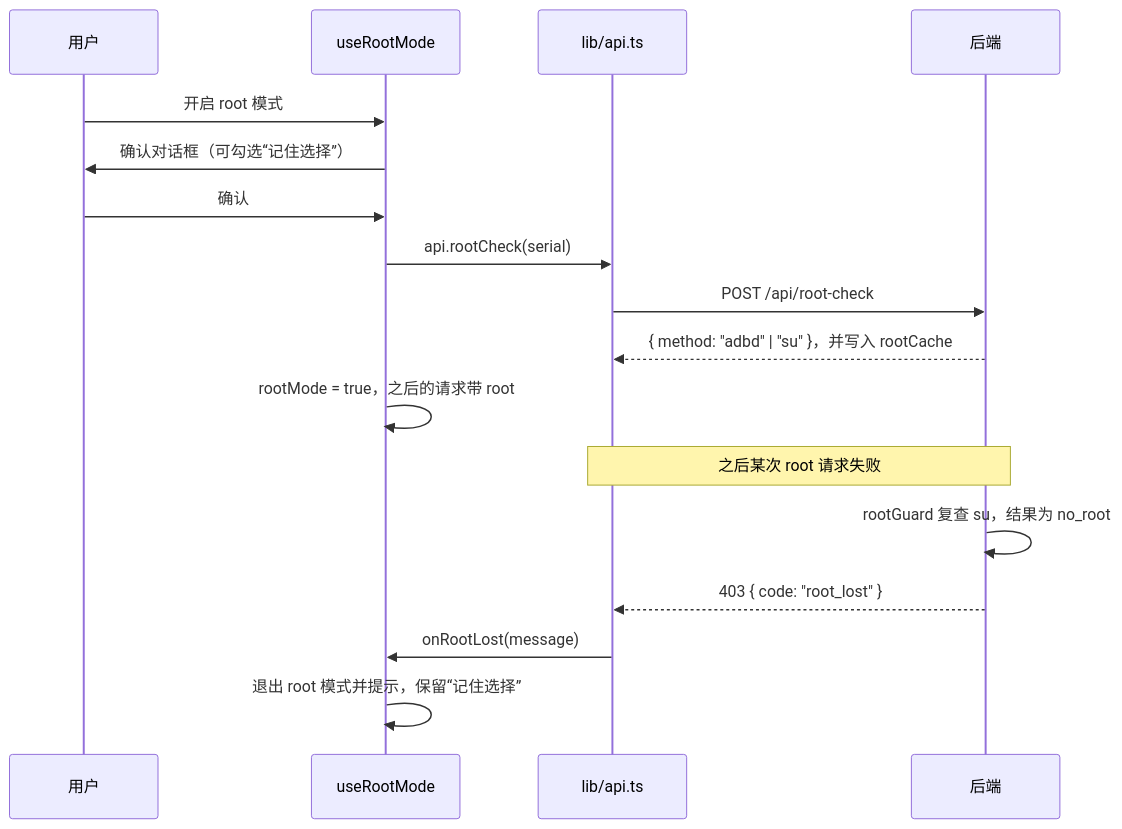
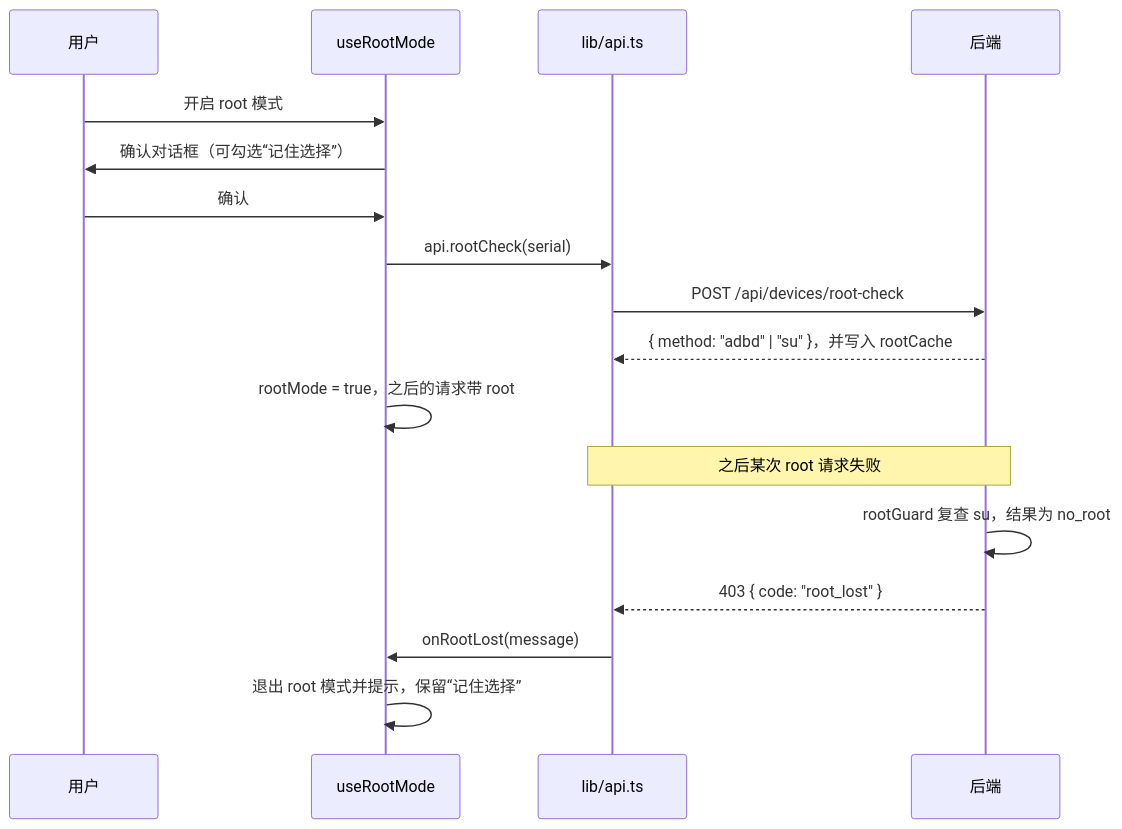
One commit to wynnyu/adb-file-manager changed diagram 12 of 12 in docs/architecture.md. Above: the diagram before and after it, drawn with Mermaid. The commit also changed other lines of this file and 18 other files, not shown here.

Commit message:
Namespace API routes under /api/files and /api/devices

````diff
--- a/docs/architecture.md
+++ b/docs/architecture.md
@@ -444,19 +447,19 @@
 ```mermaid
 sequenceDiagram
   participant U as 用户
   participant H as useRootMode
   participant A as lib/api.ts
   participant S as 后端
   U->>H: 开启 root 模式
   H->>U: 确认对话框（可勾选“记住选择”）
   U->>H: 确认
   H->>A: api.rootCheck(serial)
-  A->>S: POST /api/root-check
+  A->>S: POST /api/devices/root-check
   S-->>A: { method: "adbd" | "su" }，并写入 rootCache
   H->>H: rootMode = true，之后的请求带 root
   Note over A,S: 之后某次 root 请求失败
   S->>S: rootGuard 复查 su，结果为 no_root
   S-->>A: 403 { code: "root_lost" }
   A->>H: onRootLost(message)
   H->>H: 退出 root 模式并提示，保留“记住选择”
 ```
````
